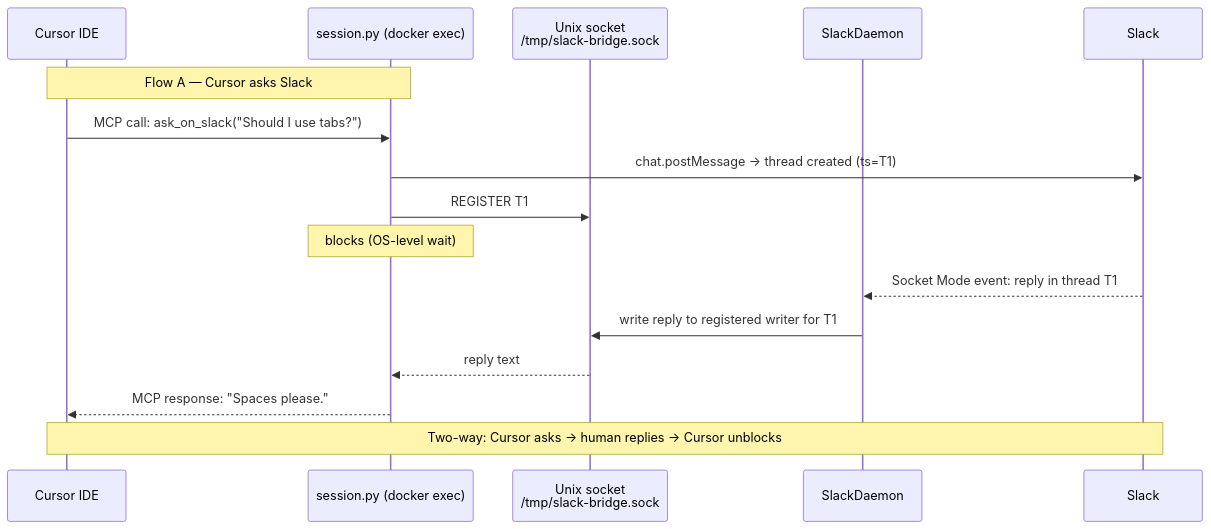
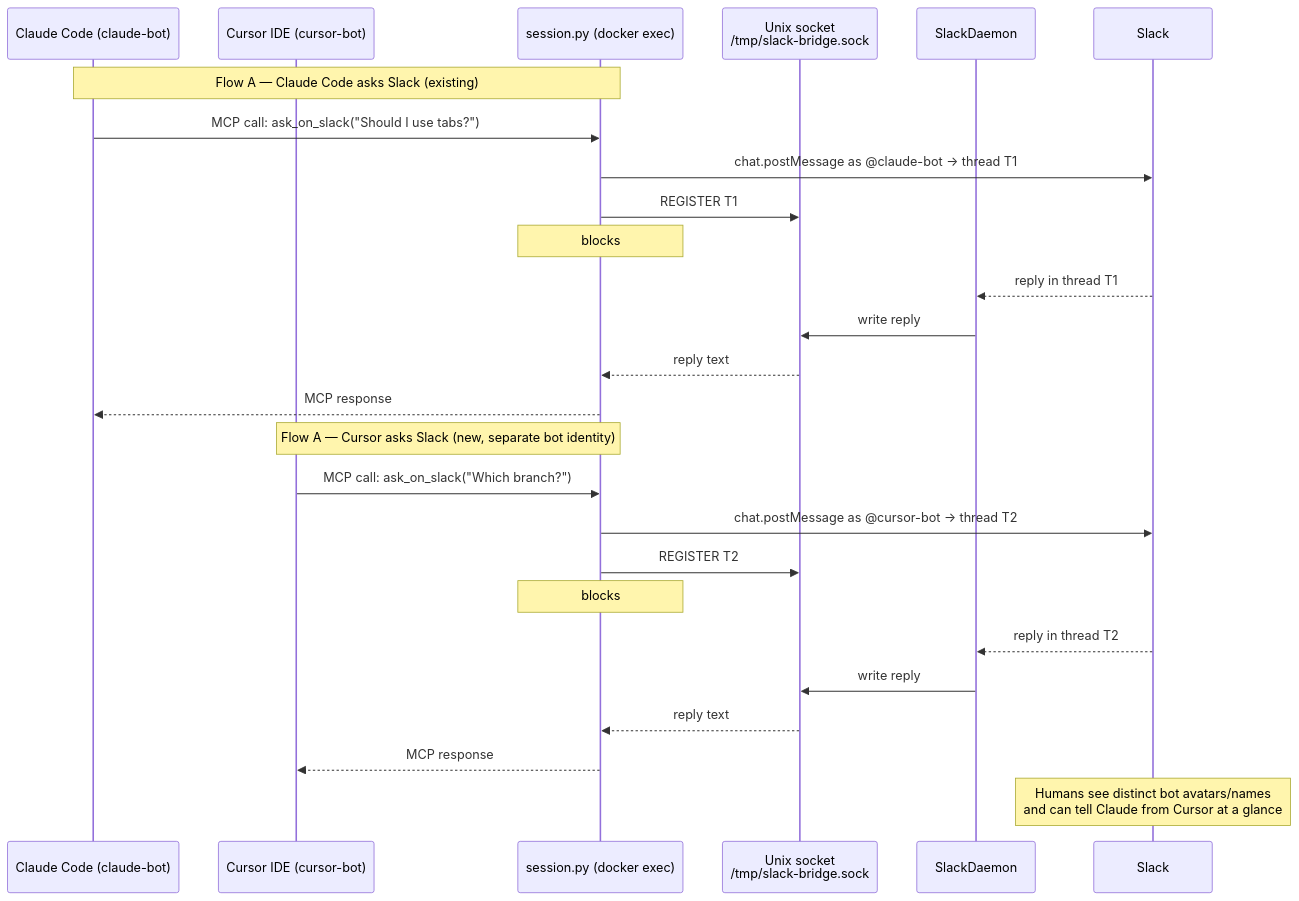
One commit to alphato-o/claude-slack-bridge changed the diagram in .roadmap_features/add-to-cursor/design/feature_design.md. Above: the diagram before and after it, drawn with Mermaid. The commit also changed other lines of this file, not shown here.

First line of the commit message:
design: address PR #20 reviewer feedback for add-to-cursor

````diff
--- a/.roadmap_features/add-to-cursor/design/feature_design.md
+++ b/.roadmap_features/add-to-cursor/design/feature_design.md
@@ -23,21 +24,31 @@
 ```mermaid
 sequenceDiagram
-    participant C as Cursor IDE
+    participant CC as Claude Code (claude-bot)
+    participant CU as Cursor IDE (cursor-bot)
     participant S as session.py (docker exec)
     participant U as Unix socket<br/>/tmp/slack-bridge.sock
     participant D as SlackDaemon
     participant SL as Slack
 
-    Note over C,S: Flow A — Cursor asks Slack
-    C->>S: MCP call: ask_on_slack("Should I use tabs?")
-    S->>SL: chat.postMessage → thread created (ts=T1)
+    Note over CC,S: Flow A — Claude Code asks Slack (existing)
+    CC->>S: MCP call: ask_on_slack("Should I use tabs?")
+    S->>SL: chat.postMessage as @claude-bot → thread T1
     S->>U: REGISTER T1
-    Note over S: blocks (OS-level wait)
+    Note over S: blocks
+    SL-->>D: reply in thread T1
+    D->>U: write reply
+    U-->>S: reply text
+    S-->>CC: MCP response
 
-    SL-->>D: Socket Mode event: reply in thread T1
-    D->>U: write reply to registered writer for T1
+    Note over CU,S: Flow A — Cursor asks Slack (new, separate bot identity)
+    CU->>S: MCP call: ask_on_slack("Which branch?")
+    S->>SL: chat.postMessage as @cursor-bot → thread T2
+    S->>U: REGISTER T2
+    Note over S: blocks
+    SL-->>D: reply in thread T2
+    D->>U: write reply
     U-->>S: reply text
-    S-->>C: MCP response: "Spaces please."
+    S-->>CU: MCP response
 
-    Note over C,SL: Two-way: Cursor asks → human replies → Cursor unblocks
+    Note over SL: Humans see distinct bot avatars/names<br/>and can tell Claude from Cursor at a glance
 ```
````
